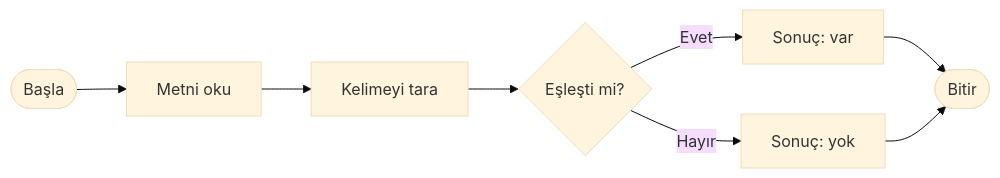
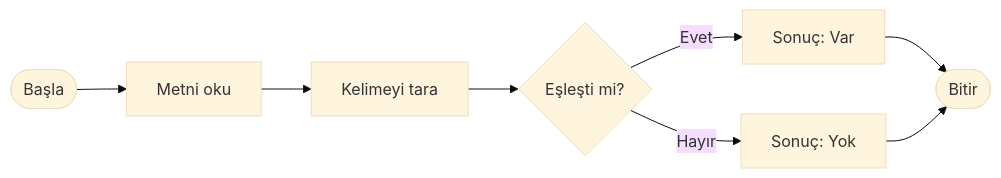
The second of 6 diagrams in Topics/01-What-Is-Algorithm.md (abdullatifkaban/Algorithm), drawn with Mermaid (base theme) before and after one commit. The commit also changed other lines of this file, not shown here.

````diff
--- a/Topics/01-What-Is-Algorithm.md
+++ b/Topics/01-What-Is-Algorithm.md
@@ -87,10 +88,10 @@
 ```mermaid
 flowchart LR
     A([Başla]) --> B[Metni oku]
     B --> C[Kelimeyi tara]
     C --> D{Eşleşti mi?}
-    D -->|Evet| E[Sonuç: var]
-    D -->|Hayır| F[Sonuç: yok]
+    D -->|Evet| E[Sonuç: Var]
+    D -->|Hayır| F[Sonuç: Yok]
     E --> Z([Bitir])
     F --> Z
 ```
````
